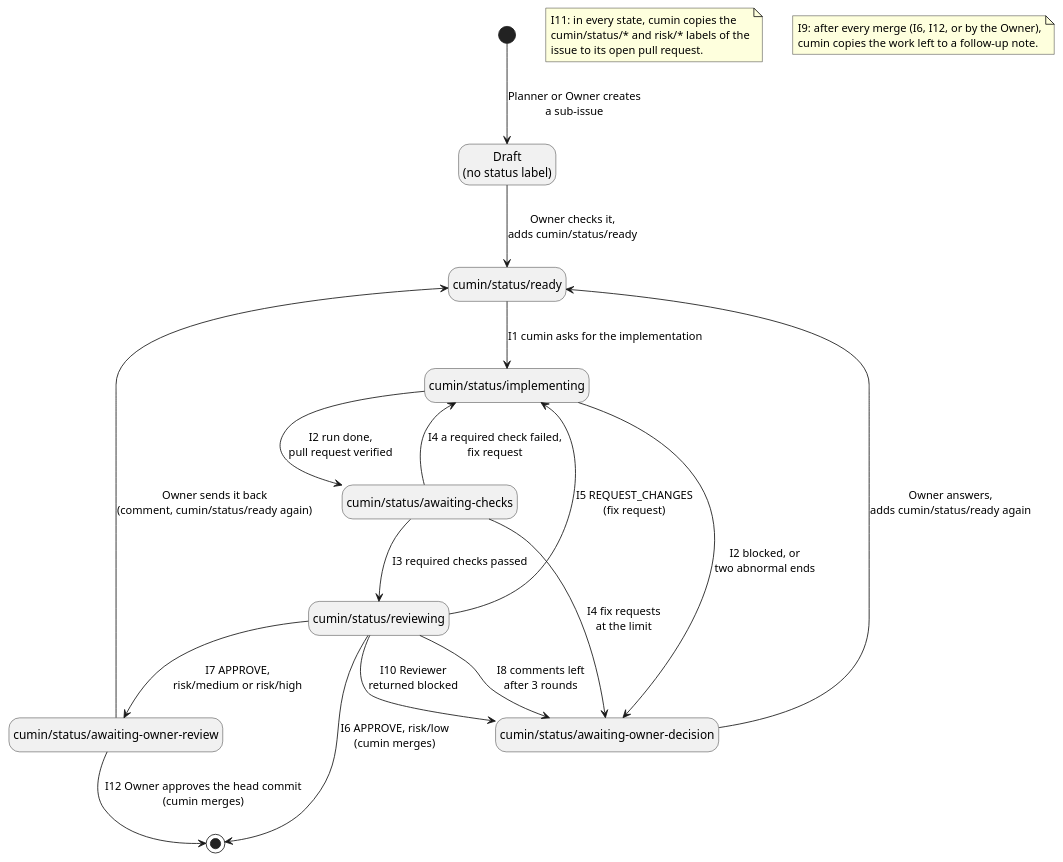
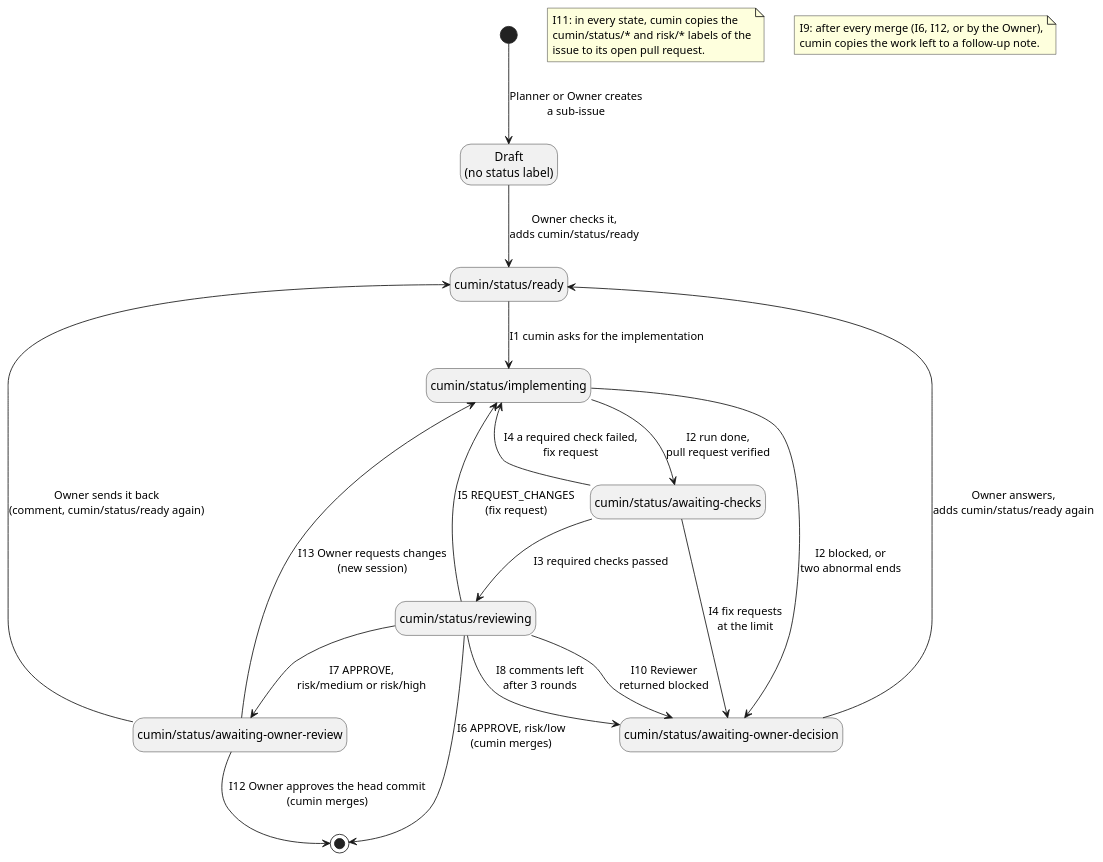
The diagram in docs/ja/requirements/workflow/implementation-issue-states.puml (cloveclovedev/cumin-works), drawn with PlantUML before and after one commit. The commit also changed 5 other files, not shown here.

First line of the commit message:
docs(requirements): send a pull request back when the Owner requests changes (I13)

```diff
--- a/docs/ja/requirements/workflow/implementation-issue-states.puml
+++ b/docs/ja/requirements/workflow/implementation-issue-states.puml
@@ -1,36 +1,37 @@
 @startuml implementation-issue-states
 ' cumin works - states of an implementation issue.
-' A state is a label on GitHub. Each arrow names one row of issue-states.md (I1 to I12); I9 and I11 are notes.
+' A state is a label on GitHub. Each arrow names one row of issue-states.md (I1 to I13); I9 and I11 are notes.
 ' Render: run scripts/render-diagrams.sh at the root of the repository.
 
 hide empty description
 
 state "Draft\n(no status label)" as Draft
 state "cumin/status/ready" as Ready
 state "cumin/status/implementing" as Implementing
 state "cumin/status/awaiting-checks" as Checks
 state "cumin/status/reviewing" as Reviewing
 state "cumin/status/awaiting-owner-review" as OwnerReview
 state "cumin/status/awaiting-owner-decision" as Decision
 
 [*] --> Draft : Planner or Owner creates\na sub-issue
 Draft --> Ready : Owner checks it,\nadds cumin/status/ready
 Ready --> Implementing : I1 cumin asks for the implementation
 Implementing --> Checks : I2 run done,\npull request verified
 Implementing --> Decision : I2 blocked, or\ntwo abnormal ends
 Checks --> Reviewing : I3 required checks passed
 Checks --> Implementing : I4 a required check failed,\nfix request
 Checks --> Decision : I4 fix requests\nat the limit
 Reviewing --> Implementing : I5 REQUEST_CHANGES\n(fix request)
 Reviewing --> [*] : I6 APPROVE, risk/low\n(cumin merges)
 Reviewing --> OwnerReview : I7 APPROVE,\nrisk/medium or risk/high
 Reviewing --> Decision : I8 comments left\nafter 3 rounds
 Reviewing --> Decision : I10 Reviewer\nreturned blocked
 OwnerReview --> [*] : I12 Owner approves the head commit\n(cumin merges)
+OwnerReview --> Implementing : I13 Owner requests changes\n(new session)
 OwnerReview --> Ready : Owner sends it back\n(comment, cumin/status/ready again)
 Decision --> Ready : Owner answers,\nadds cumin/status/ready again
 
 note "I11: in every state, cumin copies the\ncumin/status/* and risk/* labels of the\nissue to its open pull request." as I11
 note "I9: after every merge (I6, I12, or by the Owner),\ncumin copies the work left to a follow-up note." as I9
 
 @enduml
```
